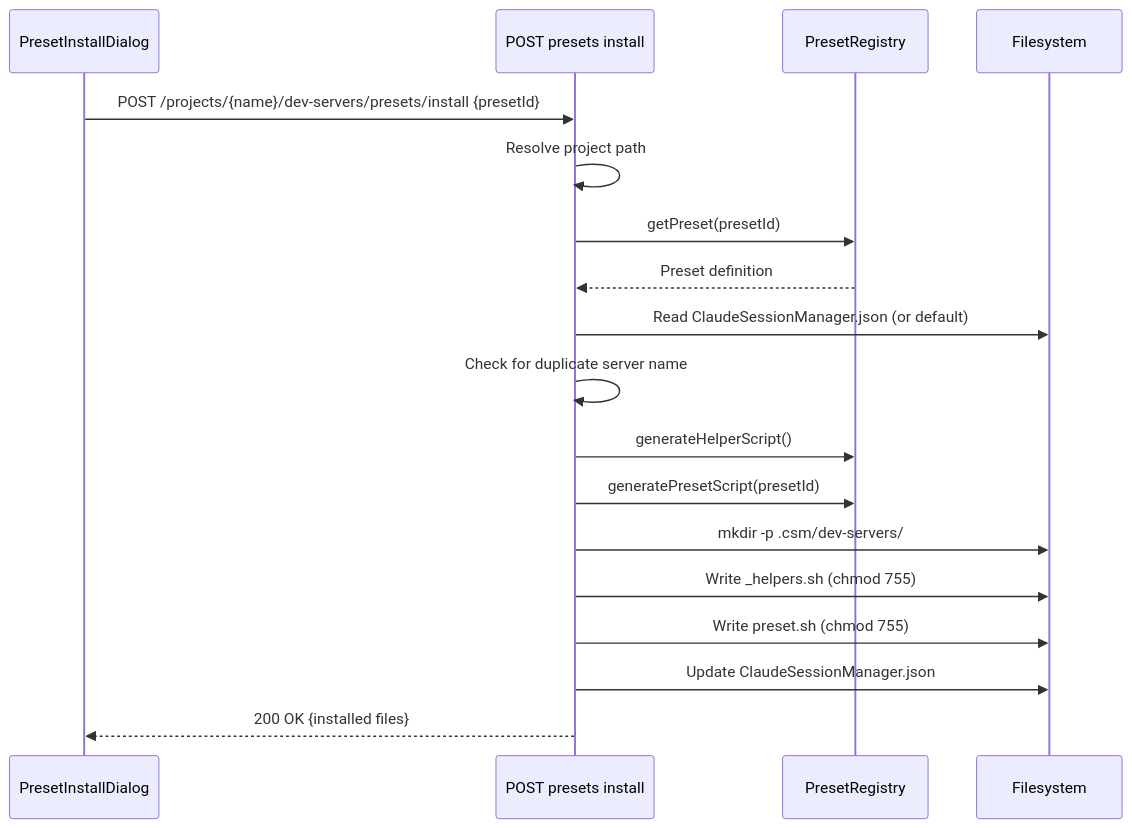
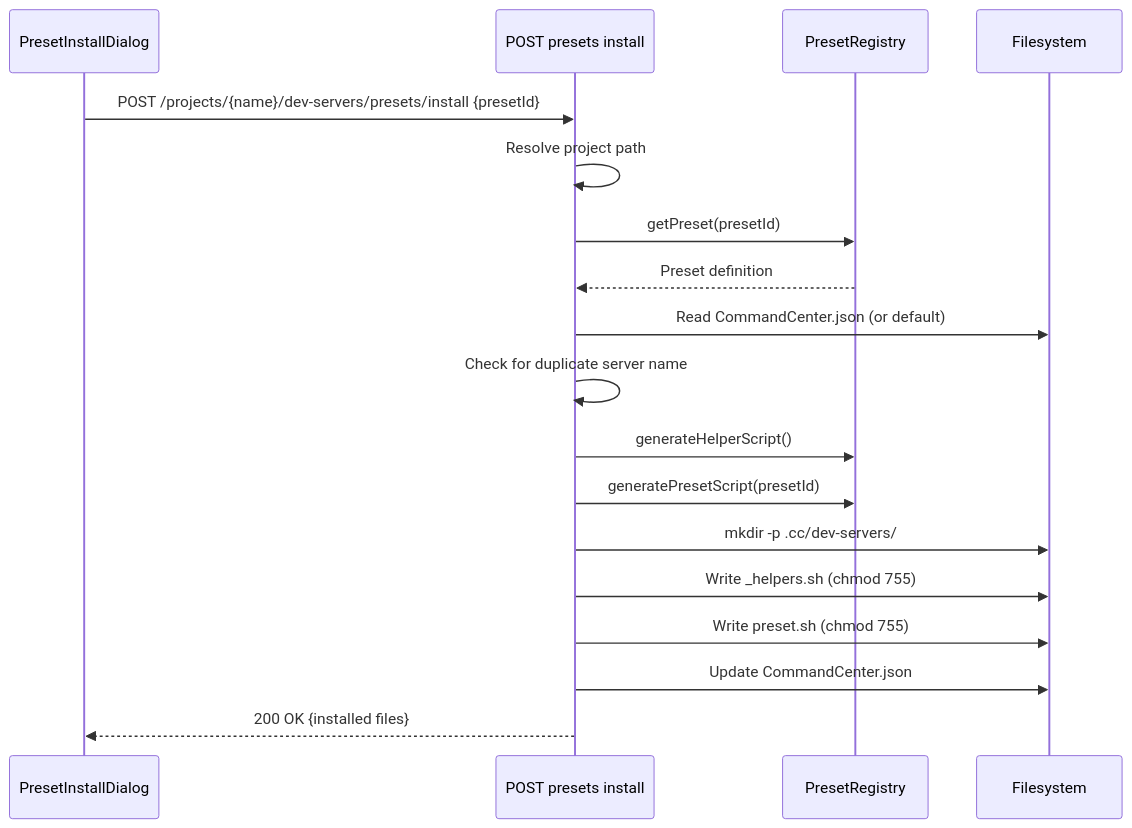
Before and after one commit to amhuppert/remote-ai-manager: the seventh of 8 diagrams in .kiro/specs/dev-server-automation/design.md, drawn with Mermaid. The commit also changed other lines of this file and 141 other files, not shown here.

````diff
--- a/.kiro/specs/dev-server-automation/design.md
+++ b/.kiro/specs/dev-server-automation/design.md
@@ -766,21 +766,21 @@
 ```mermaid
 sequenceDiagram
     participant UI as PresetInstallDialog
     participant API as POST presets install
     participant Reg as PresetRegistry
     participant FS as Filesystem
 
     UI->>API: POST /projects/{name}/dev-servers/presets/install {presetId}
     API->>API: Resolve project path
     API->>Reg: getPreset(presetId)
     Reg-->>API: Preset definition
-    API->>FS: Read ClaudeSessionManager.json (or default)
+    API->>FS: Read CommandCenter.json (or default)
     API->>API: Check for duplicate server name
     API->>Reg: generateHelperScript()
     API->>Reg: generatePresetScript(presetId)
-    API->>FS: mkdir -p .csm/dev-servers/
+    API->>FS: mkdir -p .cc/dev-servers/
     API->>FS: Write _helpers.sh (chmod 755)
     API->>FS: Write preset.sh (chmod 755)
-    API->>FS: Update ClaudeSessionManager.json
+    API->>FS: Update CommandCenter.json
     API-->>UI: 200 OK {installed files}
 ```
````
